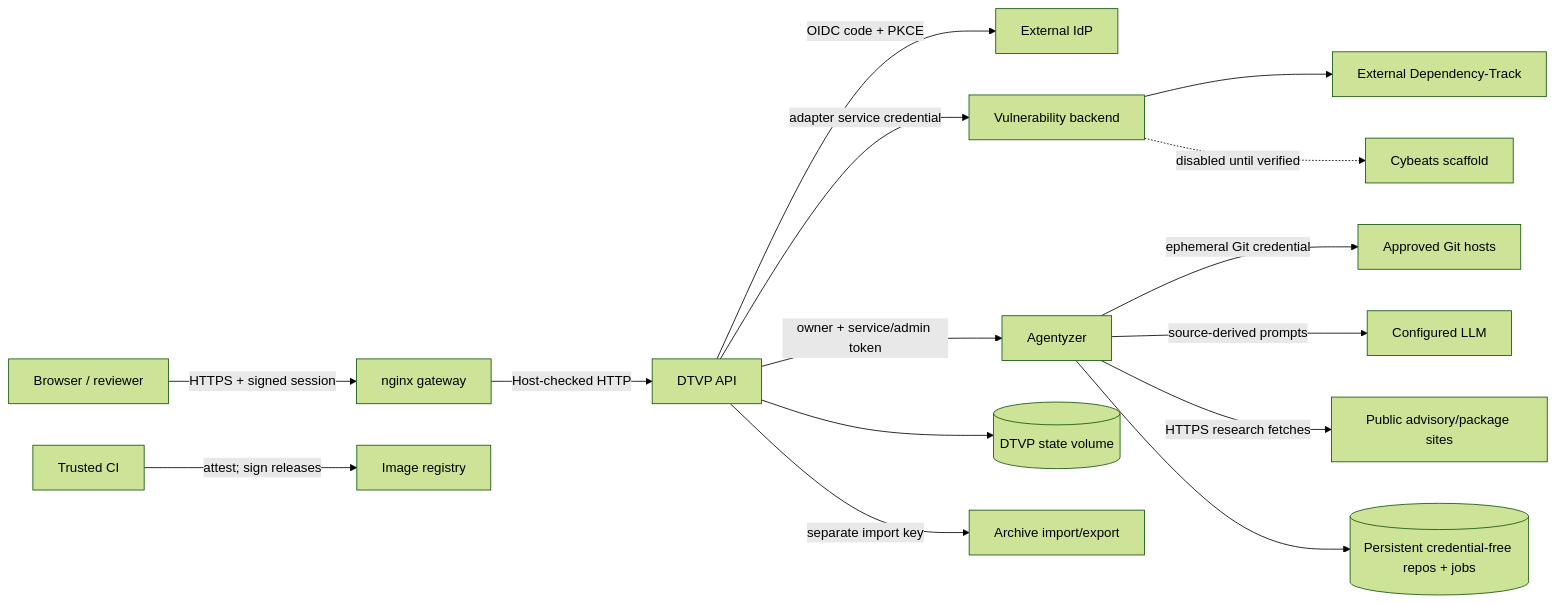
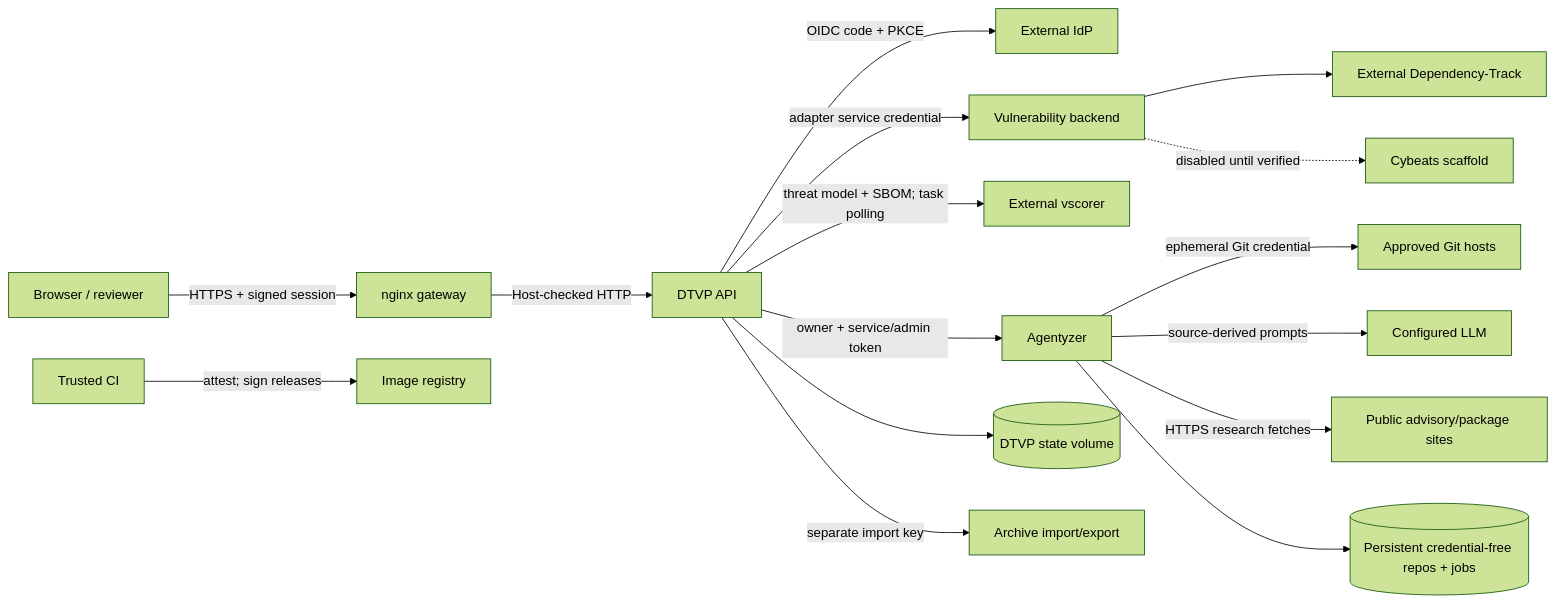
One commit to phbaer/dtvp changed the diagram in docs/threat-model.md. Above: the diagram before and after it, drawn with Mermaid (forest theme). The commit also changed other lines of this file and 17 other files, not shown here.

````diff
--- a/docs/threat-model.md
+++ b/docs/threat-model.md
@@ -69,17 +73,18 @@
 ```mermaid
 flowchart LR
     Browser[Browser / reviewer] -->|HTTPS + signed session| Gateway[nginx gateway]
     Gateway -->|Host-checked HTTP| DTVP[DTVP API]
     DTVP -->|OIDC code + PKCE| IdP[External IdP]
     DTVP -->|adapter service credential| Backend[Vulnerability backend]
+    DTVP -->|threat model + SBOM; task polling| Vscorer[External vscorer]
     Backend --> DT[External Dependency-Track]
     Backend -. disabled until verified .-> Cybeats[Cybeats scaffold]
     DTVP -->|owner + service/admin token| Analyzer[Agentyzer]
     Analyzer -->|ephemeral Git credential| Git[Approved Git hosts]
     Analyzer -->|source-derived prompts| LLM[Configured LLM]
     Analyzer -->|HTTPS research fetches| Web[Public advisory/package sites]
     DTVP --> State[(DTVP state volume)]
     Analyzer --> Repos[(Persistent credential-free repos + jobs)]
     DTVP -->|separate import key| Archive[Archive import/export]
     CI[Trusted CI] -->|attest; sign releases| Registry[Image registry]
 ```
````
